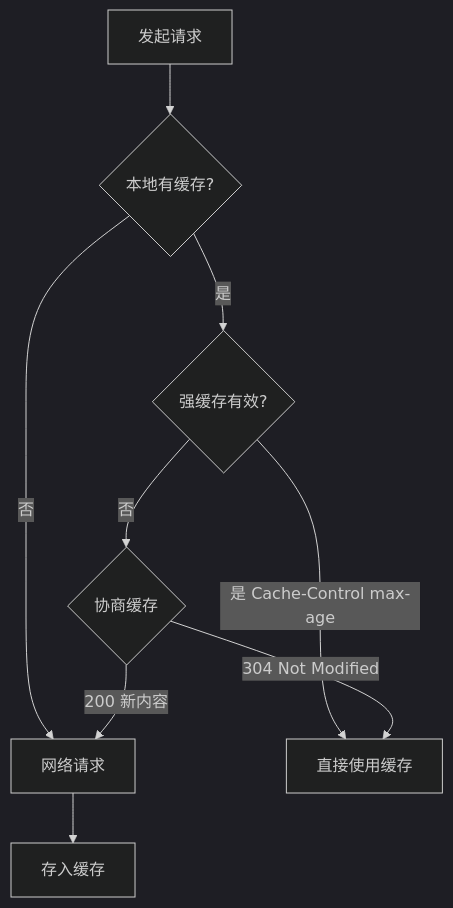
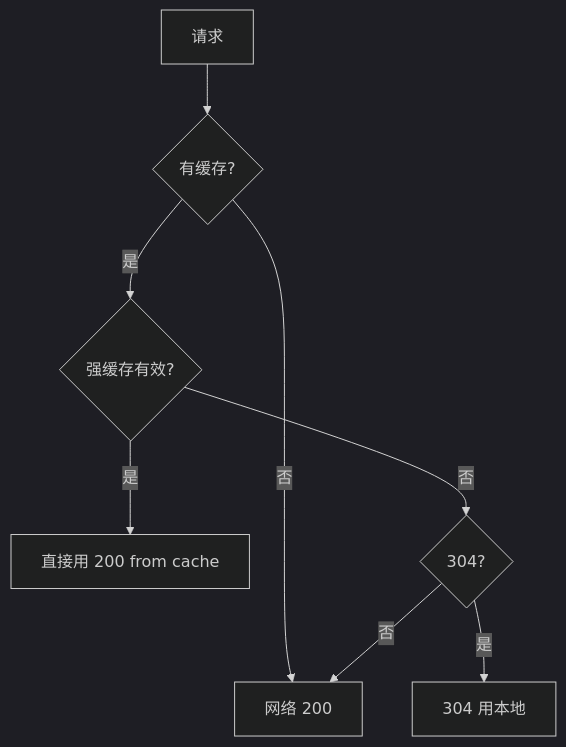
Before and after one commit to c-builder/study: the third of 3 diagrams in 01-基础内功/01-浏览器工作原理.md, drawn with Mermaid (dark theme). The commit also changed other lines of this file and 28 other files, not shown here.

````diff
--- a/01-基础内功/01-浏览器工作原理.md
+++ b/01-基础内功/01-浏览器工作原理.md
@@ -97,11 +124,10 @@
 ```mermaid
 flowchart TD
-    Request[发起请求] --> CacheCheck{本地有缓存?}
-    CacheCheck -->|否| Network[网络请求]
-    CacheCheck -->|是| StrongCheck{强缓存有效?}
-    StrongCheck -->|是 Cache-Control max-age| UseCache[直接使用缓存]
-    StrongCheck -->|否| Negotiate{协商缓存}
-    Negotiate -->|304 Not Modified| UseCache
-    Negotiate -->|200 新内容| Network
-    Network --> Store[存入缓存]
+    Request[请求] --> HasCache{有缓存?}
+    HasCache -->|否| Network[网络 200]
+    HasCache -->|是| Strong{强缓存有效?}
+    Strong -->|是| FromCache[直接用 200 from cache]
+    Strong -->|否| Negotiate{304?}
+    Negotiate -->|是| Use304[304 用本地]
+    Negotiate -->|否| Network
 ```
````
